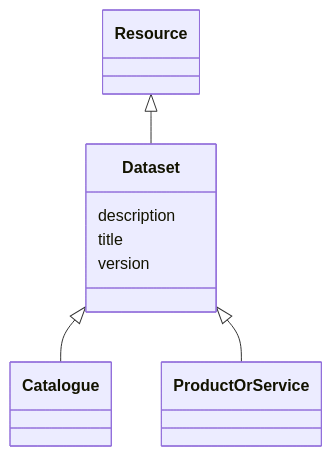
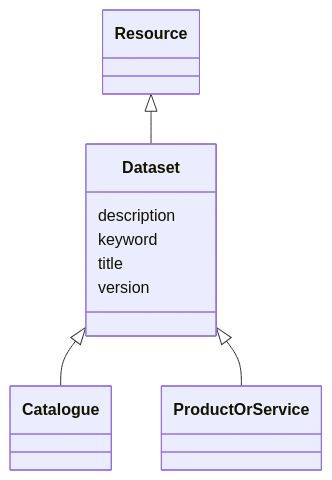
The diagram in models/docs/Dataset.md (EVORA-project/evora-ontology), drawn with Mermaid before and after one commit. The commit also changed other lines of this file and 402 other files, not shown here.

````diff
--- a/models/docs/Dataset.md
+++ b/models/docs/Dataset.md
@@ -21,22 +21,24 @@
 ```mermaid
  classDiagram
     class Dataset
     click Dataset href "../Dataset"
       Resource <|-- Dataset
         click Resource href "../Resource"
       
 
       Dataset <|-- Catalogue
         click Catalogue href "../Catalogue"
       Dataset <|-- ProductOrService
         click ProductOrService href "../ProductOrService"
       
       
       Dataset : description
         
+      Dataset : keyword
+        
       Dataset : title
         
       Dataset : version
         
       
 ```
````
